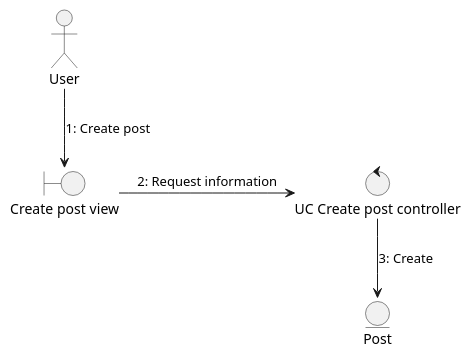
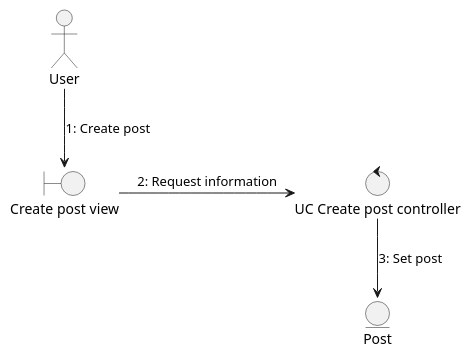
One commit to Dayannis-07/ING_SOFT changed the diagram in docs/scenariosView/collaborationDiagram/useCase-CrearEvento.puml. Above: the diagram before and after it, drawn with PlantUML. The commit also changed 7 other files, not shown here.

```diff
--- a/docs/scenariosView/collaborationDiagram/useCase-CrearEvento.puml
+++ b/docs/scenariosView/collaborationDiagram/useCase-CrearEvento.puml
@@ -1,9 +1,9 @@
 @startuml crear evento
 actor User
 boundary "Create post view" as view
 User-->view :1: Create post
 control "UC Create post controller" as controller
 view-r->controller :2: Request information
 entity "Post" as entity
-controller-->entity :3: Create
+controller-->entity :3: Set post
 @enduml
```
